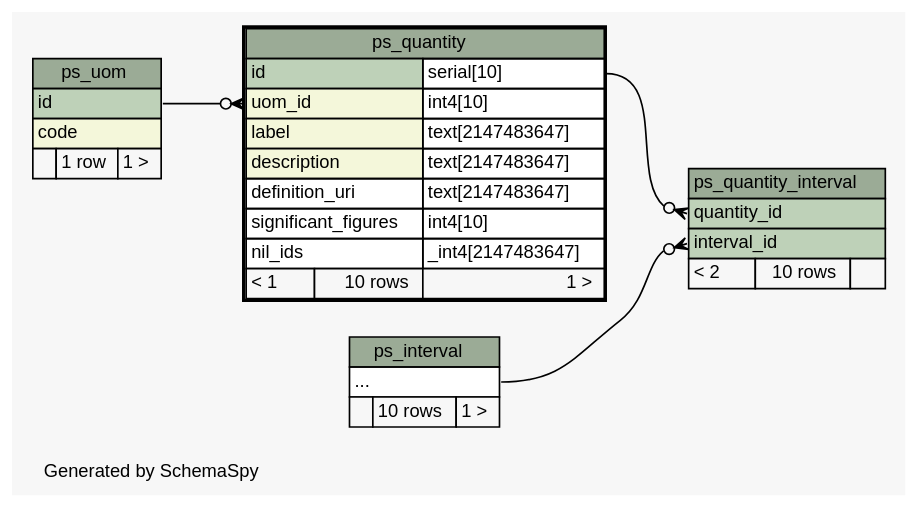
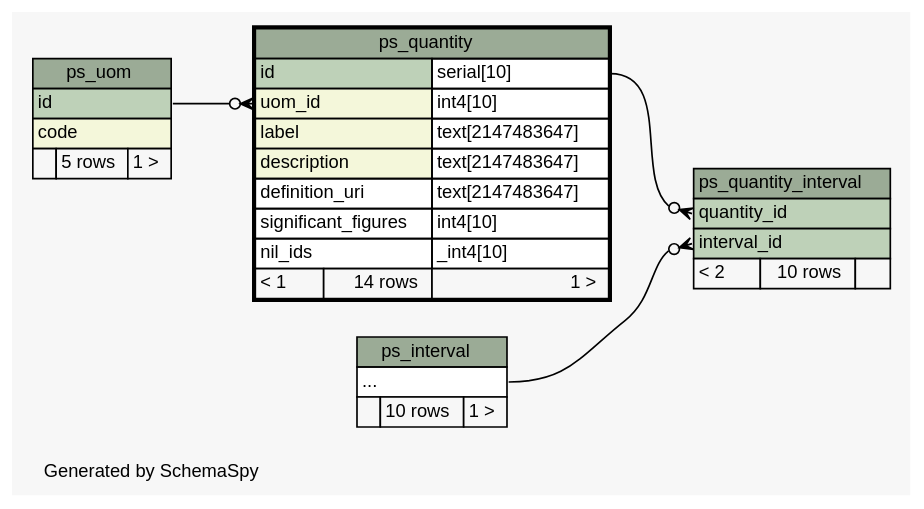
Before and after one commit to kalxas/rasdaman: the diagram in manuals_and_examples/manuals/doc-petascope/dbschema/schema/diagrams/ps_quantity.2degrees.dot, drawn with Graphviz. The commit also changed 173 other files, not shown here.

Commit message:
ticket:567 - Update SchemaSpy documentation to include petascopedb updates #9 to #13.

```diff
--- a/manuals_and_examples/manuals/doc-petascope/dbschema/schema/diagrams/ps_quantity.2degrees.dot
+++ b/manuals_and_examples/manuals/doc-petascope/dbschema/schema/diagrams/ps_quantity.2degrees.dot
@@ -1,73 +1,73 @@
-// dot 2.26.3 on Linux 3.2.0-58-generic
+// dot 2.26.3 on Linux 3.2.0-65-generic
 // SchemaSpy rev 590
 digraph "twoDegreesRelationshipsDiagram" {
   graph [
     rankdir="RL"
     bgcolor="#f7f7f7"
     label="\nGenerated by SchemaSpy"
     labeljust="l"
     nodesep="0.18"
     ranksep="0.46"
     fontname="Helvetica"
     fontsize="11"
   ];
   node [
     fontname="Helvetica"
     fontsize="11"
     shape="plaintext"
   ];
   edge [
     arrowsize="0.8"
   ];
   "ps_quantity":"uom_id":w -> "ps_uom":"id":e [arrowhead=none dir=back arrowtail=crowodot];
   "ps_quantity_interval":"interval_id":w -> "ps_interval":"elipses":e [arrowhead=none dir=back arrowtail=crowodot];
   "ps_quantity_interval":"quantity_id":w -> "ps_quantity":"id.type":e [arrowhead=none dir=back arrowtail=crowodot];
   "ps_interval" [
     label=<
     <TABLE BORDER="0" CELLBORDER="1" CELLSPACING="0" BGCOLOR="#ffffff">
       <TR><TD COLSPAN="3" BGCOLOR="#9bab96" ALIGN="CENTER">ps_interval</TD></TR>
       <TR><TD PORT="elipses" COLSPAN="3" ALIGN="LEFT">...</TD></TR>
       <TR><TD ALIGN="LEFT" BGCOLOR="#f7f7f7">  </TD><TD ALIGN="RIGHT" BGCOLOR="#f7f7f7">10 rows</TD><TD ALIGN="RIGHT" BGCOLOR="#f7f7f7">1 &gt;</TD></TR>
     </TABLE>>
     URL="ps_interval.html"
     tooltip="ps_interval"
   ];
   "ps_quantity" [
     label=<
     <TABLE BORDER="2" CELLBORDER="1" CELLSPACING="0" BGCOLOR="#ffffff">
       <TR><TD COLSPAN="3" BGCOLOR="#9bab96" ALIGN="CENTER">ps_quantity</TD></TR>
       <TR><TD PORT="id" COLSPAN="2" BGCOLOR="#bed1b8" ALIGN="LEFT">id</TD><TD PORT="id.type" ALIGN="LEFT">serial[10]</TD></TR>
       <TR><TD PORT="uom_id" COLSPAN="2" BGCOLOR="#f4f7da" ALIGN="LEFT">uom_id</TD><TD PORT="uom_id.type" ALIGN="LEFT">int4[10]</TD></TR>
       <TR><TD PORT="label" COLSPAN="2" BGCOLOR="#f4f7da" ALIGN="LEFT">label</TD><TD PORT="label.type" ALIGN="LEFT">text[2147483647]</TD></TR>
       <TR><TD PORT="description" COLSPAN="2" BGCOLOR="#f4f7da" ALIGN="LEFT">description</TD><TD PORT="description.type" ALIGN="LEFT">text[2147483647]</TD></TR>
       <TR><TD PORT="definition_uri" COLSPAN="2" ALIGN="LEFT">definition_uri</TD><TD PORT="definition_uri.type" ALIGN="LEFT">text[2147483647]</TD></TR>
       <TR><TD PORT="significant_figures" COLSPAN="2" ALIGN="LEFT">significant_figures</TD><TD PORT="significant_figures.type" ALIGN="LEFT">int4[10]</TD></TR>
-      <TR><TD PORT="nil_ids" COLSPAN="2" ALIGN="LEFT">nil_ids</TD><TD PORT="nil_ids.type" ALIGN="LEFT">_int4[2147483647]</TD></TR>
-      <TR><TD ALIGN="LEFT" BGCOLOR="#f7f7f7">&lt; 1</TD><TD ALIGN="RIGHT" BGCOLOR="#f7f7f7">10 rows</TD><TD ALIGN="RIGHT" BGCOLOR="#f7f7f7">1 &gt;</TD></TR>
+      <TR><TD PORT="nil_ids" COLSPAN="2" ALIGN="LEFT">nil_ids</TD><TD PORT="nil_ids.type" ALIGN="LEFT">_int4[10]</TD></TR>
+      <TR><TD ALIGN="LEFT" BGCOLOR="#f7f7f7">&lt; 1</TD><TD ALIGN="RIGHT" BGCOLOR="#f7f7f7">14 rows</TD><TD ALIGN="RIGHT" BGCOLOR="#f7f7f7">1 &gt;</TD></TR>
     </TABLE>>
     URL="ps_quantity.html"
     tooltip="ps_quantity"
   ];
   "ps_quantity_interval" [
     label=<
     <TABLE BORDER="0" CELLBORDER="1" CELLSPACING="0" BGCOLOR="#ffffff">
       <TR><TD COLSPAN="3" BGCOLOR="#9bab96" ALIGN="CENTER">ps_quantity_interval</TD></TR>
       <TR><TD PORT="quantity_id" COLSPAN="3" BGCOLOR="#bed1b8" ALIGN="LEFT">quantity_id</TD></TR>
       <TR><TD PORT="interval_id" COLSPAN="3" BGCOLOR="#bed1b8" ALIGN="LEFT">interval_id</TD></TR>
       <TR><TD ALIGN="LEFT" BGCOLOR="#f7f7f7">&lt; 2</TD><TD ALIGN="RIGHT" BGCOLOR="#f7f7f7">10 rows</TD><TD ALIGN="RIGHT" BGCOLOR="#f7f7f7">  </TD></TR>
     </TABLE>>
     URL="ps_quantity_interval.html"
     tooltip="ps_quantity_interval"
   ];
   "ps_uom" [
     label=<
     <TABLE BORDER="0" CELLBORDER="1" CELLSPACING="0" BGCOLOR="#ffffff">
       <TR><TD COLSPAN="3" BGCOLOR="#9bab96" ALIGN="CENTER">ps_uom</TD></TR>
       <TR><TD PORT="id" COLSPAN="3" BGCOLOR="#bed1b8" ALIGN="LEFT">id</TD></TR>
       <TR><TD PORT="code" COLSPAN="3" BGCOLOR="#f4f7da" ALIGN="LEFT">code</TD></TR>
-      <TR><TD ALIGN="LEFT" BGCOLOR="#f7f7f7">  </TD><TD ALIGN="RIGHT" BGCOLOR="#f7f7f7">1 row</TD><TD ALIGN="RIGHT" BGCOLOR="#f7f7f7">1 &gt;</TD></TR>
+      <TR><TD ALIGN="LEFT" BGCOLOR="#f7f7f7">  </TD><TD ALIGN="RIGHT" BGCOLOR="#f7f7f7">5 rows</TD><TD ALIGN="RIGHT" BGCOLOR="#f7f7f7">1 &gt;</TD></TR>
     </TABLE>>
     URL="ps_uom.html"
     tooltip="ps_uom"
   ];
 }
```
